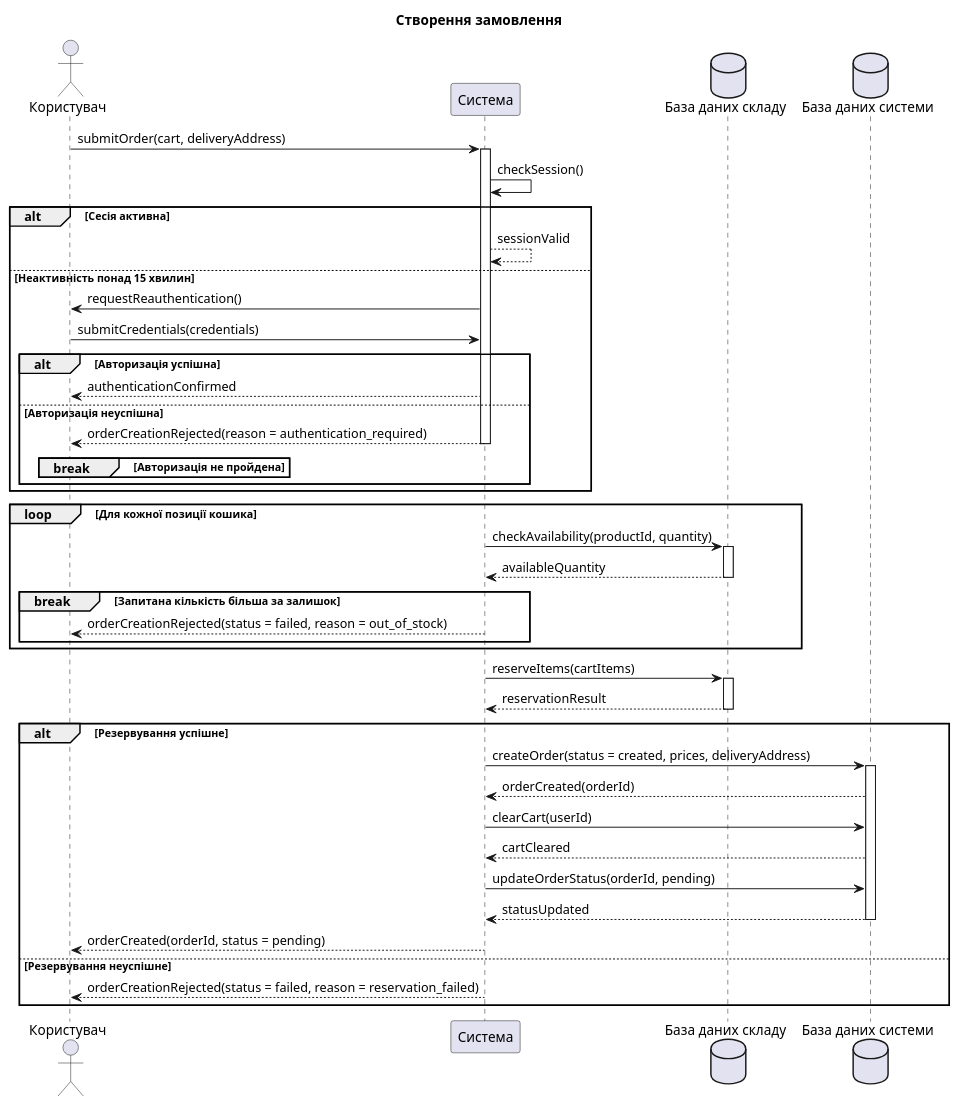
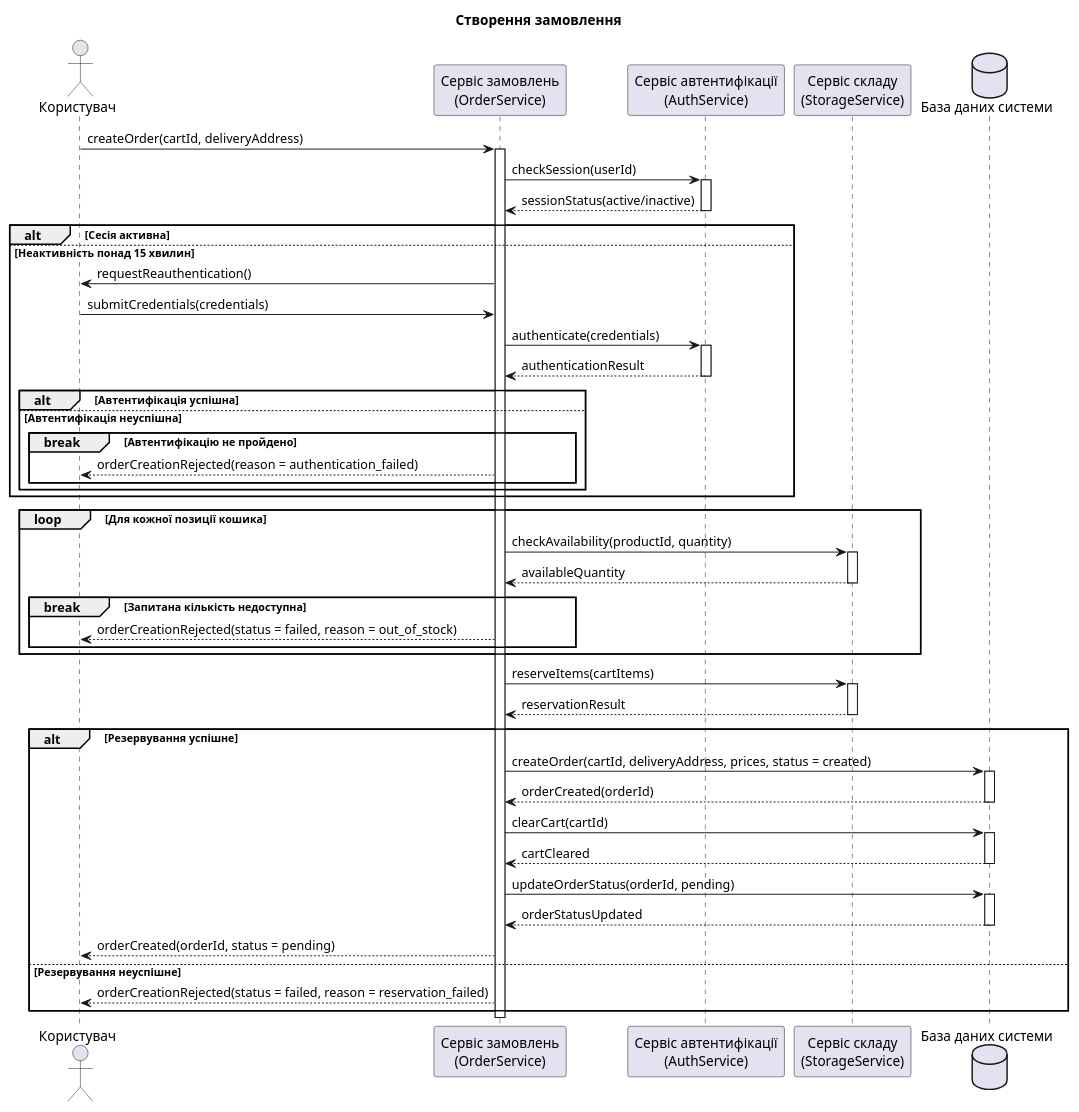
Before and after one commit to sklokcm/KPI2: the diagram in lab3/order_creation.md, drawn with PlantUML. The commit also changed other lines of this file and 8 other files, not shown here.

```diff
--- a/lab3/order_creation.md
+++ b/lab3/order_creation.md
@@ -1,60 +1,72 @@
 @startuml
 title Створення замовлення
 
 actor "Користувач" as User
-participant "Система" as System
-database "База даних складу" as Inventory
+participant "Сервіс замовлень\n(OrderService)" as OrderService
+participant "Сервіс автентифікації\n(AuthService)" as AuthService
+participant "Сервіс складу\n(StorageService)" as StorageService
 database "База даних системи" as Database
 
-User -> System : submitOrder(cart, deliveryAddress)
-activate System
-System -> System : checkSession()
+User -> OrderService : createOrder(cartId, deliveryAddress)
+activate OrderService
+OrderService -> AuthService : checkSession(userId)
+activate AuthService
+AuthService --> OrderService : sessionStatus(active/inactive)
+deactivate AuthService
 
 alt Сесія активна
-    System --> System : sessionValid
 else Неактивність понад 15 хвилин
-    System -> User : requestReauthentication()
-    User -> System : submitCredentials(credentials)
-    alt Авторизація успішна
-        System --> User : authenticationConfirmed
-    else Авторизація неуспішна
-        System --> User : orderCreationRejected(reason = authentication_required)
-        deactivate System
-        break Авторизація не пройдена
+    OrderService -> User : requestReauthentication()
+    User -> OrderService : submitCredentials(credentials)
+    OrderService -> AuthService : authenticate(credentials)
+    activate AuthService
+    AuthService --> OrderService : authenticationResult
+    deactivate AuthService
+
+    alt Автентифікація успішна
+    else Автентифікація неуспішна
+        break Автентифікацію не пройдено
+            OrderService --> User : orderCreationRejected(reason = authentication_failed)
         end
     end
 end
 
 loop Для кожної позиції кошика
-    System -> Inventory : checkAvailability(productId, quantity)
-    activate Inventory
-    Inventory --> System : availableQuantity
-    deactivate Inventory
+    OrderService -> StorageService : checkAvailability(productId, quantity)
+    activate StorageService
+    StorageService --> OrderService : availableQuantity
+    deactivate StorageService
 
-    break Запитана кількість більша за залишок
-        System --> User : orderCreationRejected(status = failed, reason = out_of_stock)
-        deactivate System
+    break Запитана кількість недоступна
+        OrderService --> User : orderCreationRejected(status = failed, reason = out_of_stock)
     end
 end
 
-System -> Inventory : reserveItems(cartItems)
-activate Inventory
-Inventory --> System : reservationResult
-deactivate Inventory
+OrderService -> StorageService : reserveItems(cartItems)
+activate StorageService
+StorageService --> OrderService : reservationResult
+deactivate StorageService
 
 alt Резервування успішне
-    System -> Database : createOrder(status = created, prices, deliveryAddress)
+    OrderService -> Database : createOrder(cartId, deliveryAddress, prices, status = created)
     activate Database
-    Database --> System : orderCreated(orderId)
-    System -> Database : clearCart(userId)
-    Database --> System : cartCleared
-    System -> Database : updateOrderStatus(orderId, pending)
-    Database --> System : statusUpdated
+    Database --> OrderService : orderCreated(orderId)
     deactivate Database
-    System --> User : orderCreated(orderId, status = pending)
+
+    OrderService -> Database : clearCart(cartId)
+    activate Database
+    Database --> OrderService : cartCleared
+    deactivate Database
+
+    OrderService -> Database : updateOrderStatus(orderId, pending)
+    activate Database
+    Database --> OrderService : orderStatusUpdated
+    deactivate Database
+
+    OrderService --> User : orderCreated(orderId, status = pending)
 else Резервування неуспішне
-    System --> User : orderCreationRejected(status = failed, reason = reservation_failed)
+    OrderService --> User : orderCreationRejected(status = failed, reason = reservation_failed)
 end
 
-deactivate System
+deactivate OrderService
 @enduml
```
